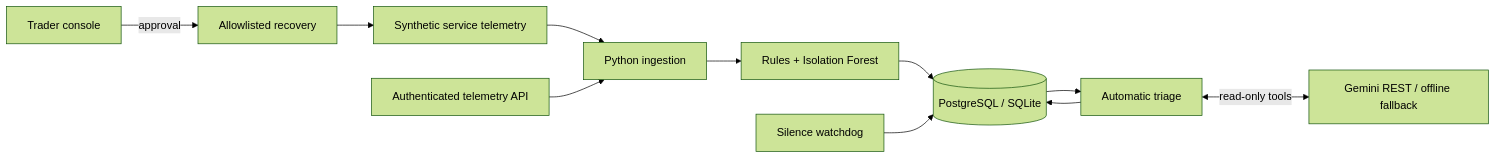
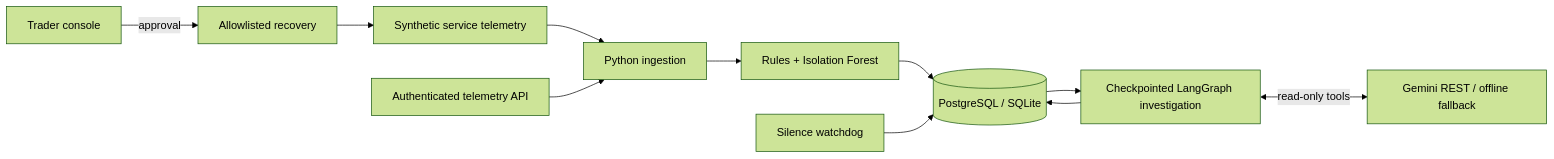
The diagram in README.md (VyankateshD206/desk-triager), drawn with Mermaid (forest theme) before and after one commit. The commit also changed other lines of this file and 9 other files, not shown here.

````diff
--- a/README.md
+++ b/README.md
@@ -61,13 +61,13 @@
 ```mermaid
 flowchart LR
     S[Synthetic service telemetry] --> I[Python ingestion]
     H[Authenticated telemetry API] --> I
     I --> D[Rules + Isolation Forest]
     D --> DB[(PostgreSQL / SQLite)]
     W[Silence watchdog] --> DB
-    DB --> T[Automatic triage]
+    DB --> T[Checkpointed LangGraph investigation]
     T <-->|read-only tools| G[Gemini REST / offline fallback]
     T --> DB
     U[Trader console] -->|approval| R[Allowlisted recovery]
     R --> S
 ```
````
